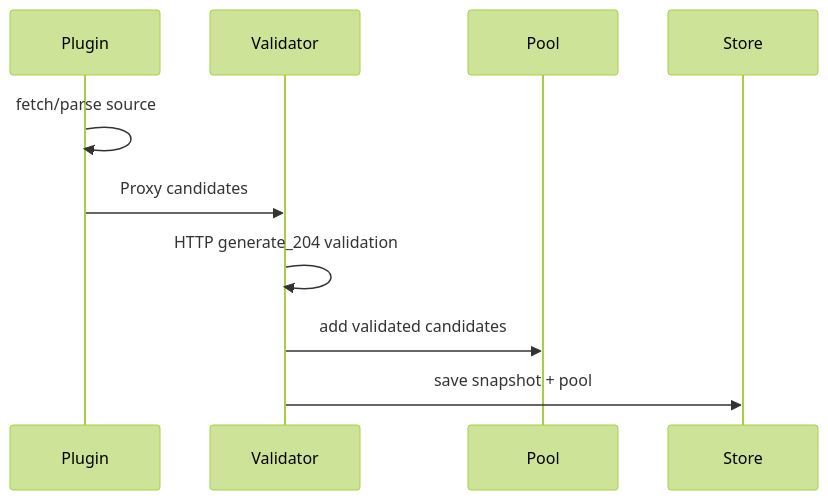
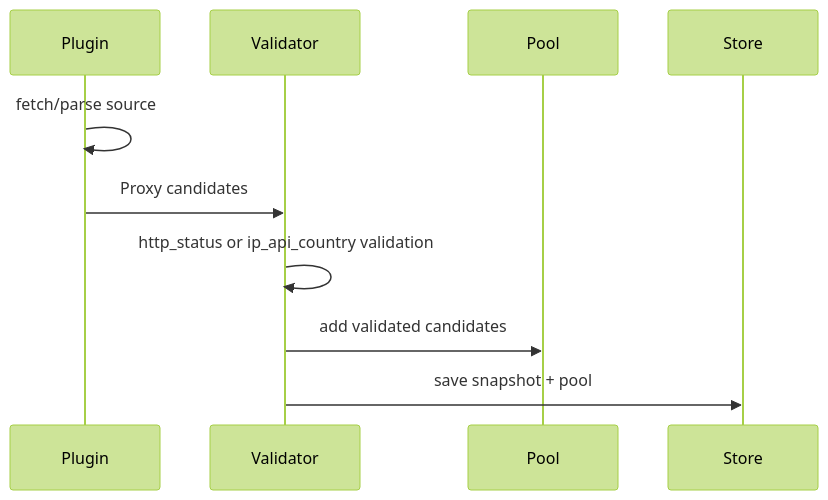
The second of 7 diagrams in docs/topology.md (fengyuanluo/aioproxy), drawn with Mermaid (forest theme) before and after one commit. The commit also changed other lines of this file and 3 other files, not shown here.

````diff
--- a/docs/topology.md
+++ b/docs/topology.md
@@ -25,12 +26,12 @@
 ```mermaid
 sequenceDiagram
   participant Plugin
   participant Validator
   participant Pool
   participant Store
   Plugin->>Plugin: fetch/parse source
   Plugin->>Validator: Proxy candidates
-  Validator->>Validator: HTTP generate_204 validation
+  Validator->>Validator: http_status or ip_api_country validation
   Validator->>Pool: add validated candidates
   Validator->>Store: save snapshot + pool
 ```
````
